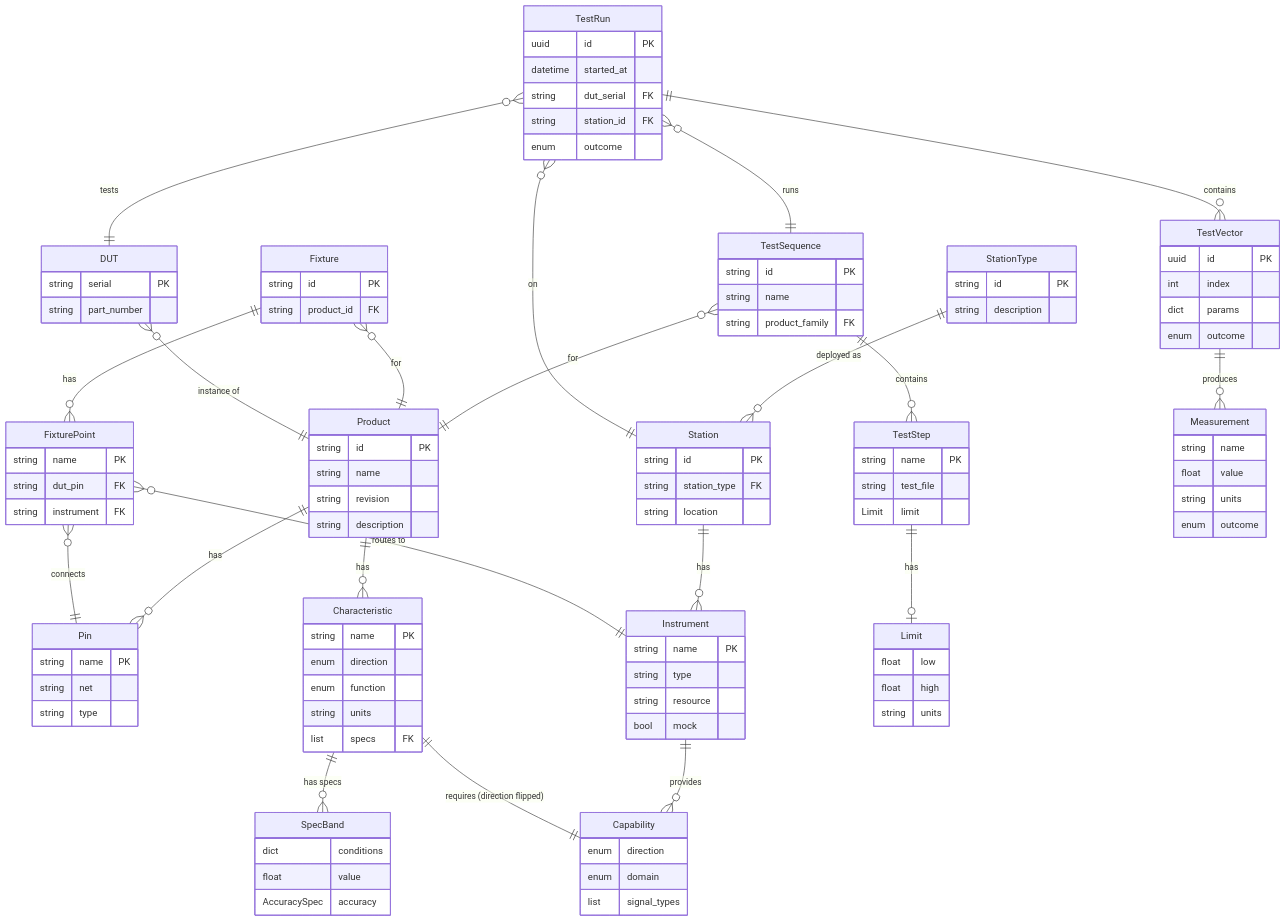
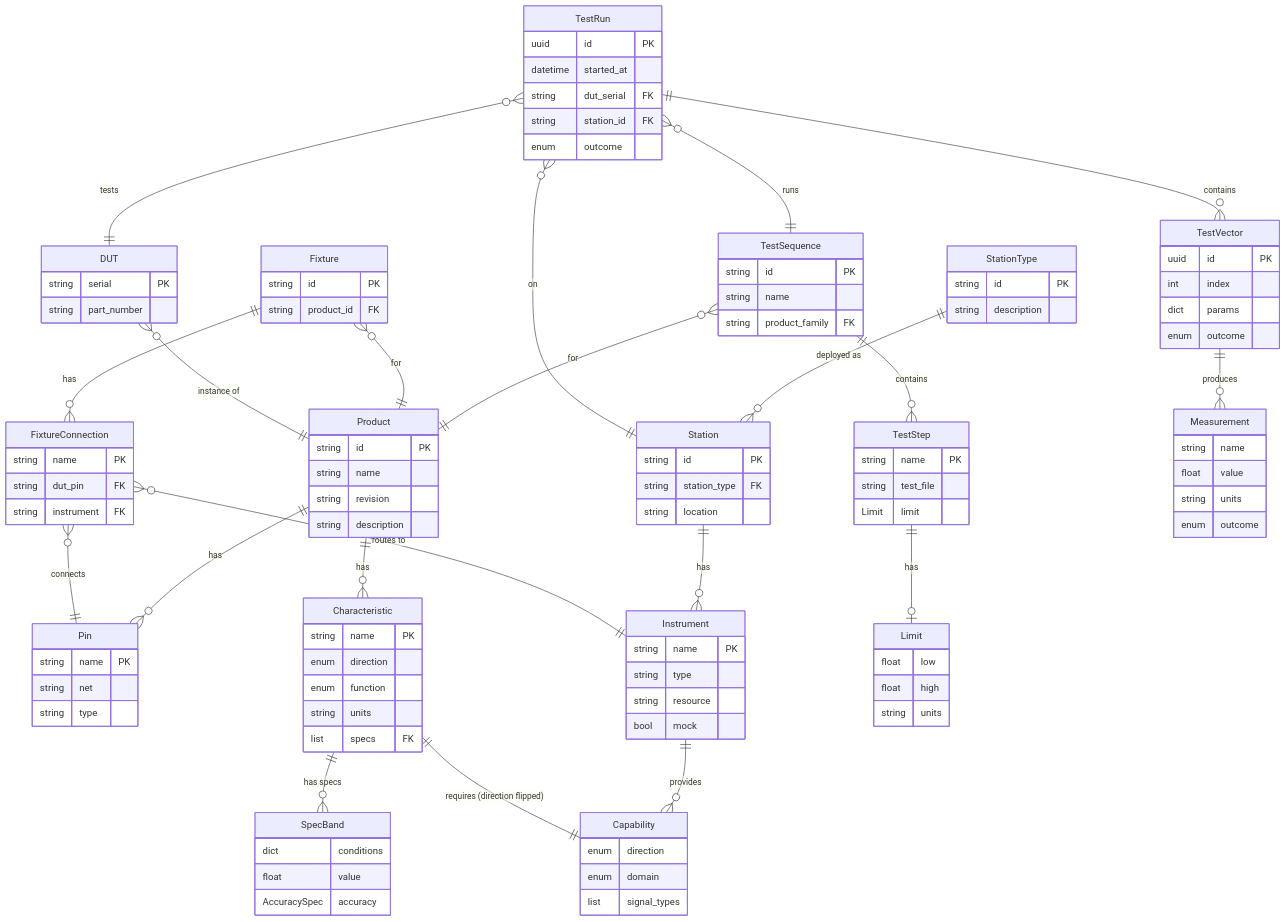
Before and after one commit to pragmatest-dev/testerkit: the diagram in docs/concepts/architecture.md, drawn with Mermaid. The commit also changed 76 other files, not shown here.

First line of the commit message:
vocabulary: rename FixturePoint → FixtureConnection and drop "binding" jargon

```diff
--- a/docs/concepts/architecture.md
+++ b/docs/concepts/architecture.md
@@ -179,7 +179,7 @@
         string product_id FK
     }
 
-    FixturePoint {
+    FixtureConnection {
         string name PK
         string dut_pin FK
         string instrument FK
@@ -237,9 +237,9 @@
 
     %% Fixture (optional)
     Fixture }o--|| Product : "for"
-    Fixture ||--o{ FixturePoint : has
-    FixturePoint }o--|| Pin : connects
-    FixturePoint }o--|| Instrument : "routes to"
+    Fixture ||--o{ FixtureConnection : has
+    FixtureConnection }o--|| Pin : connects
+    FixtureConnection }o--|| Instrument : "routes to"
 
     %% Capability matching
     Characteristic ||--|| Capability : "requires (direction flipped)"
```
